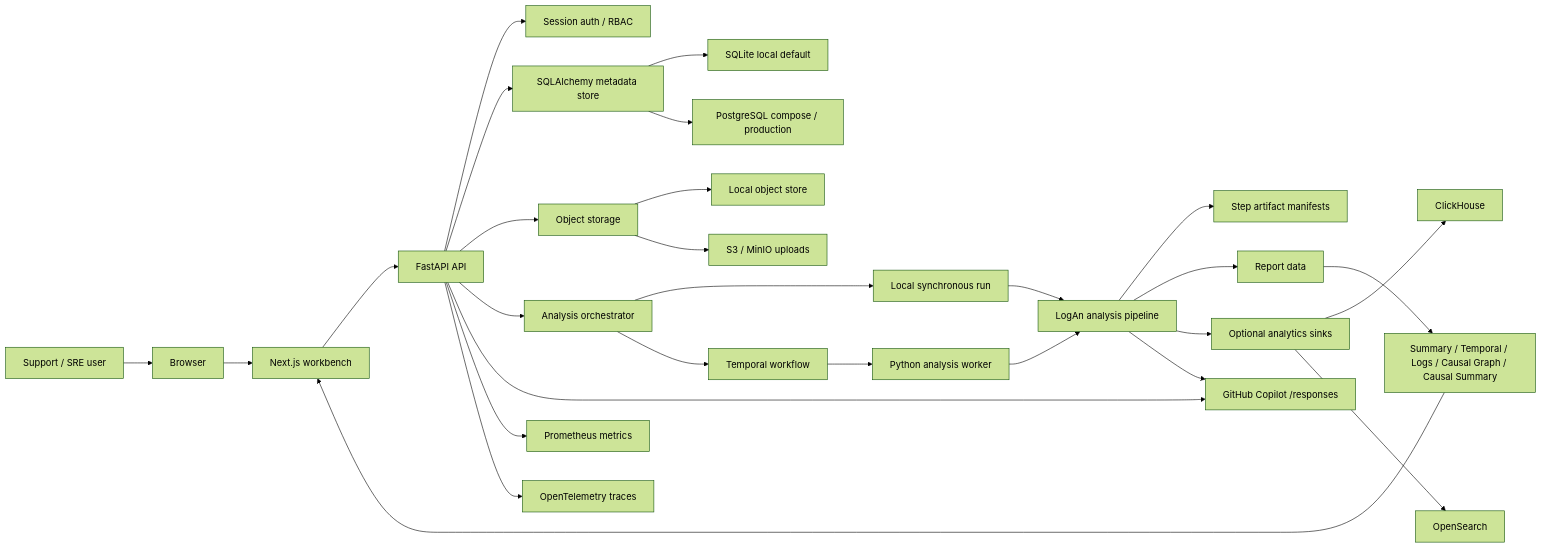
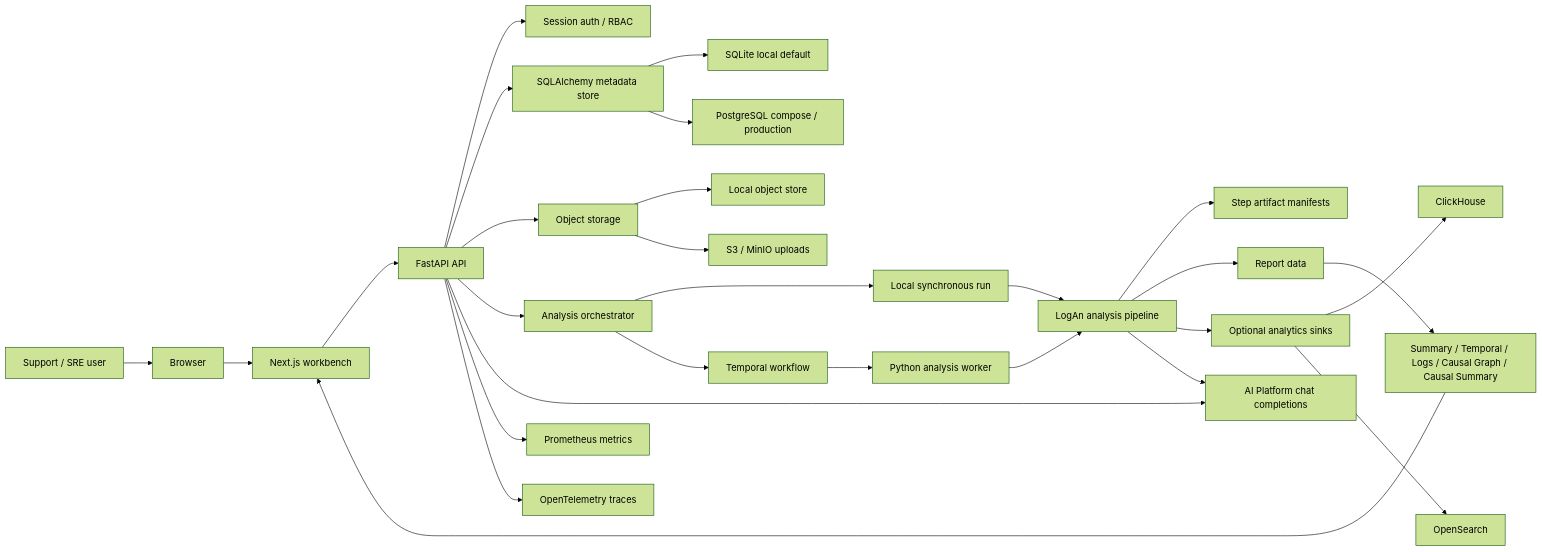
The diagram in README.md (itwake/llm-powered-log-analytic), drawn with Mermaid (forest theme) before and after one commit. The commit also changed other lines of this file and 23 other files, not shown here.

````diff
--- a/README.md
+++ b/README.md
@@ -19,36 +19,36 @@
 ```mermaid
 flowchart LR
     user["Support / SRE user"] --> browser["Browser"]
     browser --> web["Next.js workbench"]
     web --> api["FastAPI API"]
 
     api --> auth["Session auth / RBAC"]
     api --> meta["SQLAlchemy metadata store"]
     meta --> sqlite["SQLite local default"]
     meta --> postgres["PostgreSQL compose / production"]
 
     api --> objects["Object storage"]
     objects --> localfs["Local object store"]
     objects --> minio["S3 / MinIO uploads"]
 
     api --> orchestrator["Analysis orchestrator"]
     orchestrator --> localrun["Local synchronous run"]
     orchestrator --> temporal["Temporal workflow"]
     temporal --> worker["Python analysis worker"]
     localrun --> pipeline["LogAn analysis pipeline"]
     worker --> pipeline
 
     pipeline --> artifacts["Step artifact manifests"]
     pipeline --> reports["Report data"]
     reports --> views["Summary / Temporal / Logs / Causal Graph / Causal Summary"]
     views --> web
 
     pipeline --> sinks["Optional analytics sinks"]
     sinks --> clickhouse["ClickHouse"]
     sinks --> opensearch["OpenSearch"]
-    api --> copilot["GitHub Copilot /responses"]
-    pipeline --> copilot
+    api --> aiplatform["AI Platform chat completions"]
+    pipeline --> aiplatform
 
     api --> metrics["Prometheus metrics"]
     api --> traces["OpenTelemetry traces"]
 ```
````
